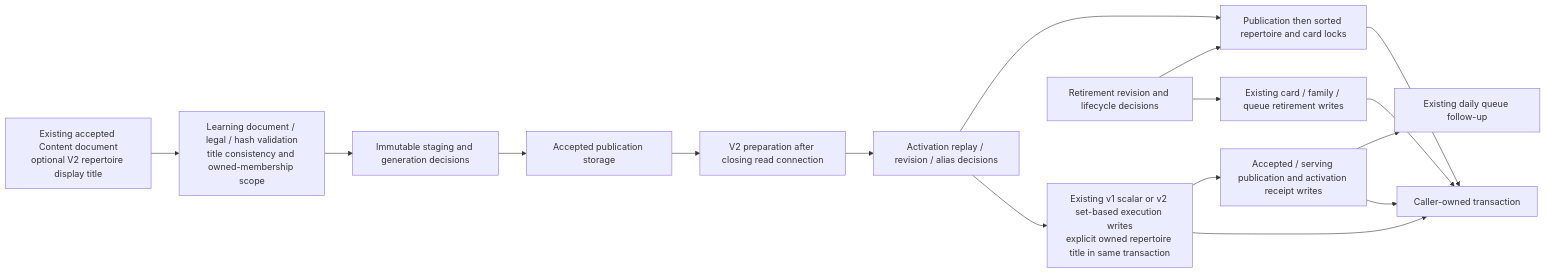
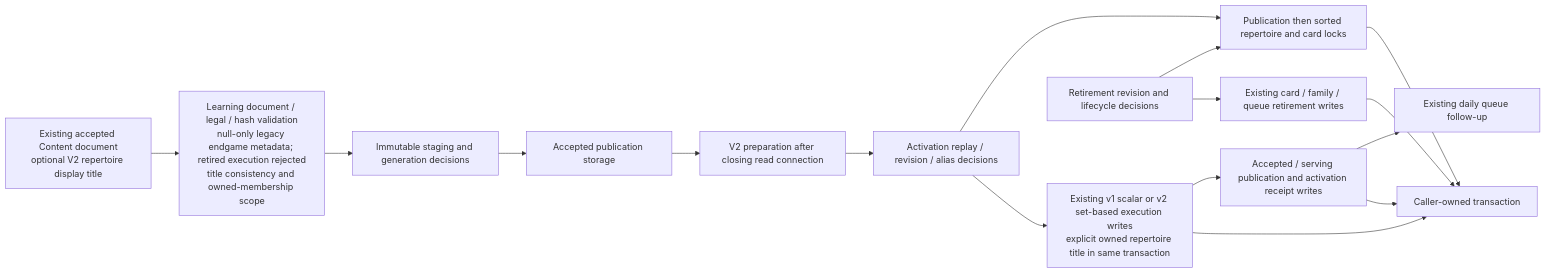
One commit to aaweaver-actuary/tempo changed the diagram in database/tempo_learning_database/adapters/publication-execution/README.md. Above: the diagram before and after it, drawn with Mermaid. The commit also changed other lines of this file and 16 other files, not shown here.

````diff
--- a/database/tempo_learning_database/adapters/publication-execution/README.md
+++ b/database/tempo_learning_database/adapters/publication-execution/README.md
@@ -5,18 +5,18 @@
 ```mermaid
 flowchart LR
-  content[Existing accepted Content document<br/>optional V2 repertoire display title] --> models[Learning document / legal / hash validation<br/>title consistency and owned-membership scope]
+  content[Existing accepted Content document<br/>optional V2 repertoire display title] --> models[Learning document / legal / hash validation<br/>null-only legacy endgame metadata; retired execution rejected<br/>title consistency and owned-membership scope]
   models --> staging[Immutable staging and generation decisions]
   staging --> stored[Accepted publication storage]
   prepare[V2 preparation after closing read connection] --> activation[Activation replay / revision / alias decisions]
   stored --> prepare
   activation --> owner[Publication then sorted repertoire and card locks]
   activation --> rows[Existing v1 scalar or v2 set-based execution writes<br/>explicit owned repertoire title in same transaction]
   rows --> serving[Accepted / serving publication and activation receipt writes]
   serving --> refresh[Existing daily queue follow-up]
   retirement[Retirement revision and lifecycle decisions] --> owner
   retirement --> retired[Existing card / family / queue retirement writes]
   owner --> transaction[Caller-owned transaction]
   rows --> transaction
   serving --> transaction
   retired --> transaction
 ```
````
